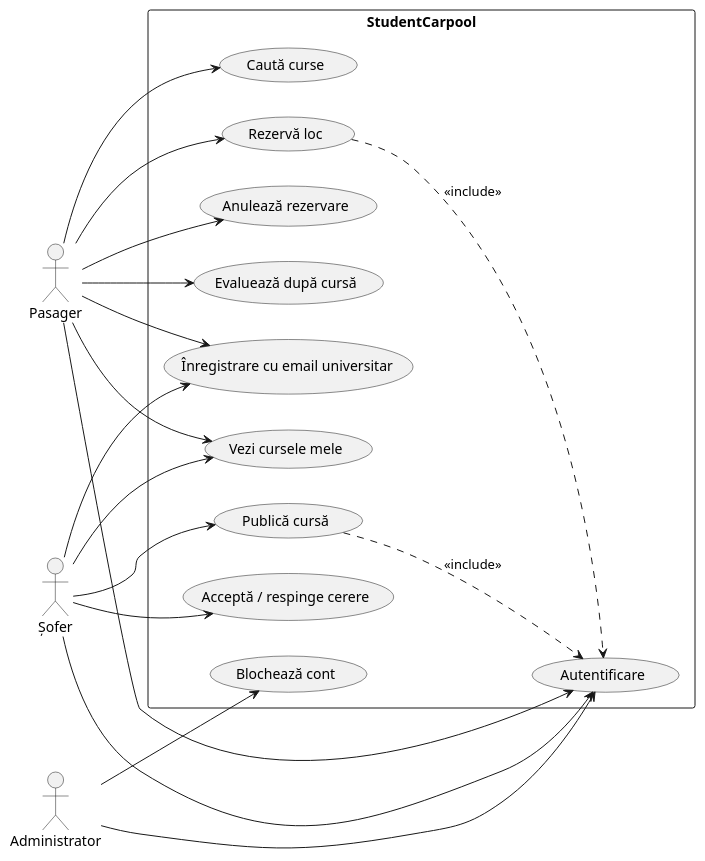
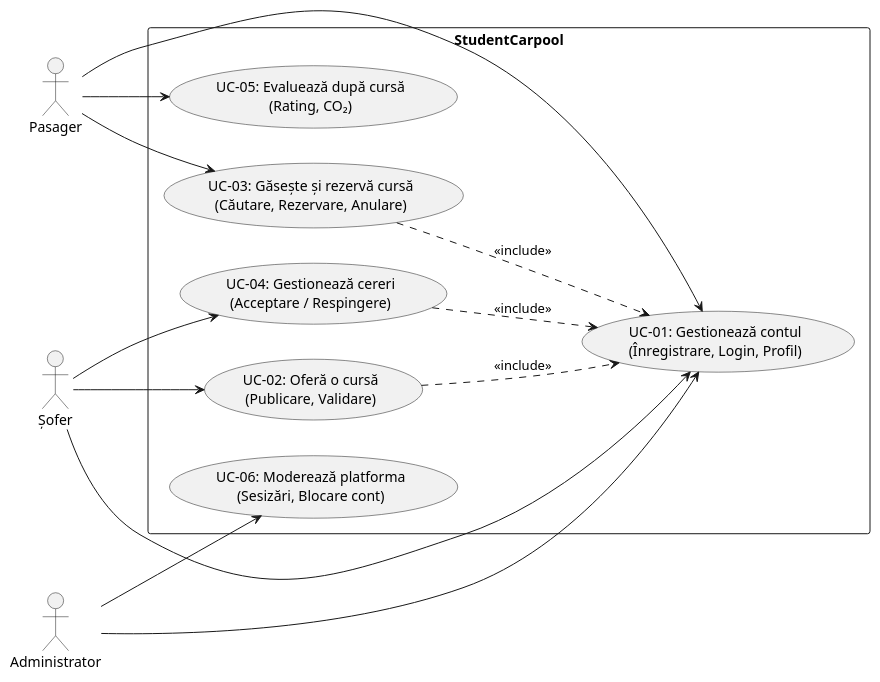
The diagram in docs/01_requirements.md (PlapanaAndrei/Student-Carpool), drawn with PlantUML before and after one commit. The commit also changed other lines of this file and 9 other files, not shown here.

````diff
--- a/docs/01_requirements.md
+++ b/docs/01_requirements.md
@@ -56,38 +93,32 @@
 ```plantuml
 @startuml
 left to right direction
 actor Pasager
 actor Sofer as "Șofer"
 actor Admin as "Administrator"
 
 rectangle StudentCarpool {
-  usecase "Înregistrare cu email universitar" as UC1
-  usecase "Autentificare" as UC2
-  usecase "Publică cursă" as UC3
-  usecase "Caută curse" as UC4
-  usecase "Rezervă loc" as UC5
-  usecase "Acceptă / respinge cerere" as UC6
-  usecase "Anulează rezervare" as UC7
-  usecase "Vezi cursele mele" as UC8
-  usecase "Evaluează după cursă" as UC9
-  usecase "Blochează cont" as UC10
+  usecase "UC-01: Gestionează contul\n(Înregistrare, Login, Profil)" as UC1
+  usecase "UC-02: Oferă o cursă\n(Publicare, Validare)" as UC2
+  usecase "UC-03: Găsește și rezervă cursă\n(Căutare, Rezervare, Anulare)" as UC3
+  usecase "UC-04: Gestionează cereri\n(Acceptare / Respingere)" as UC4
+  usecase "UC-05: Evaluează după cursă\n(Rating, CO₂)" as UC5
+  usecase "UC-06: Moderează platforma\n(Sesizări, Blocare cont)" as UC6
 }
 
 Pasager --> UC1
-Pasager --> UC2
-Pasager --> UC4
+Pasager --> UC3
 Pasager --> UC5
-Pasager --> UC7
-Pasager --> UC8
-Pasager --> UC9
+
 Sofer --> UC1
 Sofer --> UC2
-Sofer --> UC3
-Sofer --> UC6
-Sofer --> UC8
-Admin --> UC2
-Admin --> UC10
-UC5 ..> UC2 : <<include>>
-UC3 ..> UC2 : <<include>>
+Sofer --> UC4
+
+Admin --> UC1
+Admin --> UC6
+
+UC3 ..> UC1 : <<include>>
+UC2 ..> UC1 : <<include>>
+UC4 ..> UC1 : <<include>>
 @enduml
 ```
````
